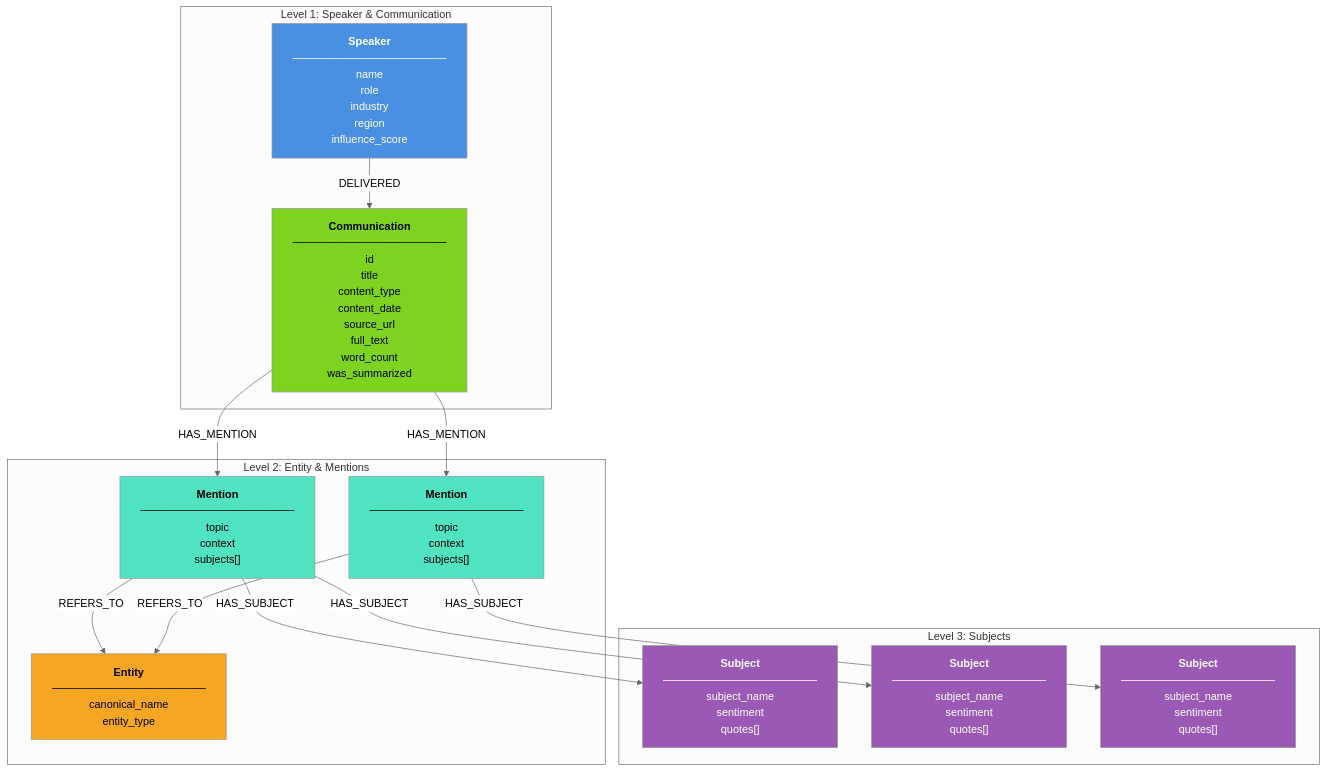
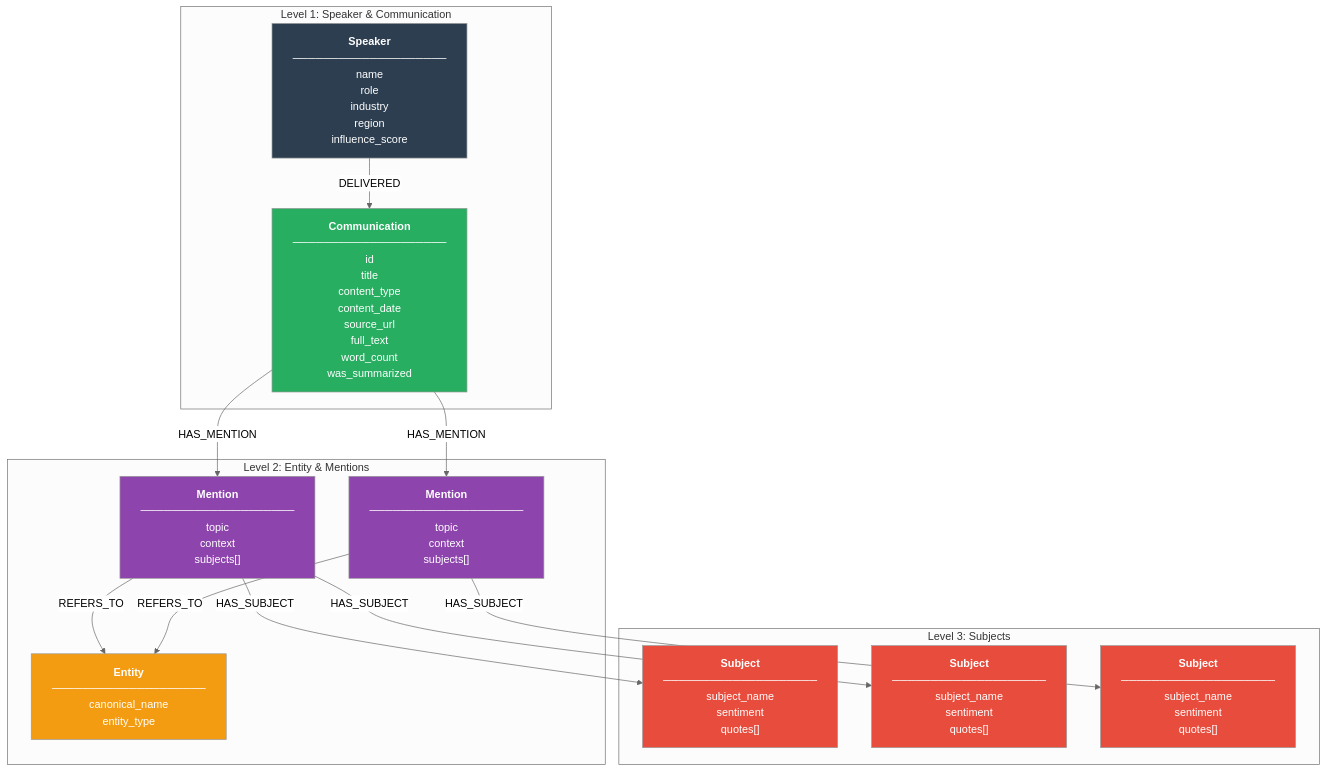
The fourth of 4 diagrams in documentation/architecture.md (dmitriyratu/DiscourseKG), drawn with Mermaid (neutral theme) before and after one commit. The commit also changed other lines of this file and 18 other files, not shown here.

````diff
--- a/documentation/architecture.md
+++ b/documentation/architecture.md
@@ -242,37 +261,37 @@
 ```mermaid
 graph TB
     subgraph "Level 1: Speaker & Communication"
         S["<b>Speaker</b><br/>────────────────────<br/>name<br/>role<br/>industry<br/>region<br/>influence_score"]
         C["<b>Communication</b><br/>────────────────────<br/>id<br/>title<br/>content_type<br/>content_date<br/>source_url<br/>full_text<br/>word_count<br/>was_summarized"]
     end
     
     subgraph "Level 2: Entity & Mentions"
         E["<b>Entity</b><br/>────────────────────<br/>canonical_name<br/>entity_type"]
         M1["<b>Mention</b><br/>────────────────────<br/>topic<br/>context<br/>subjects[]"]
         M2["<b>Mention</b><br/>────────────────────<br/>topic<br/>context<br/>subjects[]"]
     end
     
     subgraph "Level 3: Subjects"
         SU1["<b>Subject</b><br/>────────────────────<br/>subject_name<br/>sentiment<br/>quotes[]"]
         SU2["<b>Subject</b><br/>────────────────────<br/>subject_name<br/>sentiment<br/>quotes[]"]
         SU3["<b>Subject</b><br/>────────────────────<br/>subject_name<br/>sentiment<br/>quotes[]"]
     end
     
     S -->|DELIVERED| C
     C -->|HAS_MENTION| M1
     C -->|HAS_MENTION| M2
     M1 -->|REFERS_TO| E
     M2 -->|REFERS_TO| E
     M1 -->|HAS_SUBJECT| SU1
     M1 -->|HAS_SUBJECT| SU2
     M2 -->|HAS_SUBJECT| SU3
     
-    style S fill:#4A90E2,color:#fff
-    style C fill:#7ED321,color:#000
-    style E fill:#F5A623,color:#000
-    style M1 fill:#50E3C2,color:#000
-    style M2 fill:#50E3C2,color:#000
-    style SU1 fill:#9B59B6,color:#fff
-    style SU2 fill:#9B59B6,color:#fff
-    style SU3 fill:#9B59B6,color:#fff
+    style S fill:#2C3E50,color:#fff
+    style C fill:#27AE60,color:#fff
+    style E fill:#F39C12,color:#fff
+    style M1 fill:#8E44AD,color:#fff
+    style M2 fill:#8E44AD,color:#fff
+    style SU1 fill:#E74C3C,color:#fff
+    style SU2 fill:#E74C3C,color:#fff
+    style SU3 fill:#E74C3C,color:#fff
 ```
````
